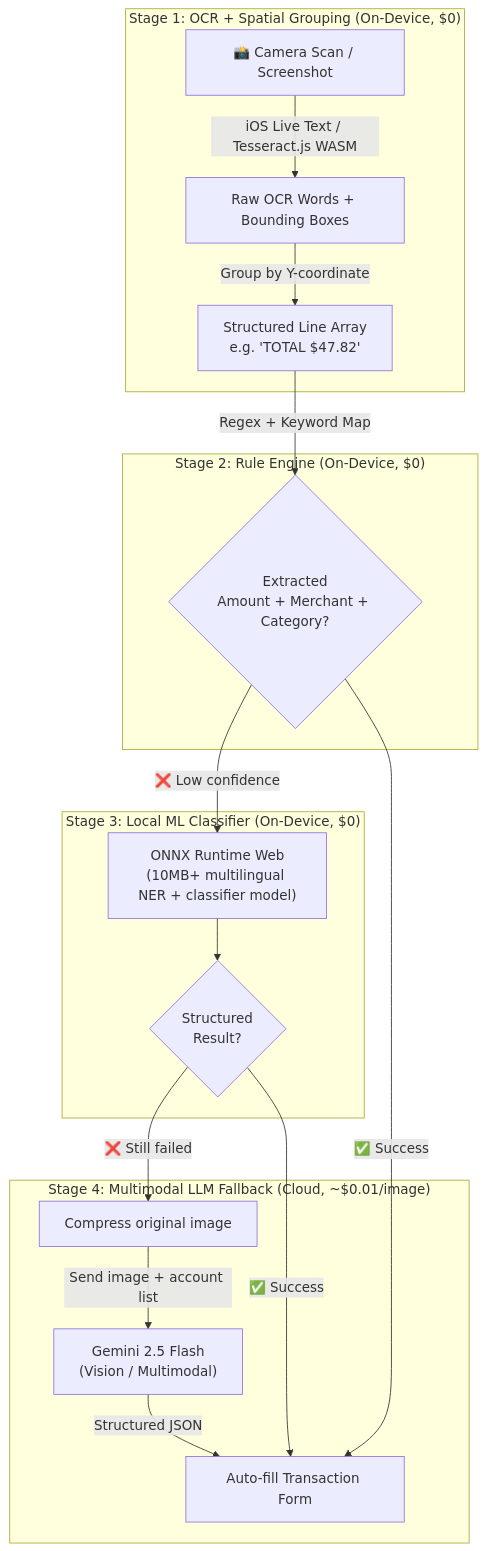
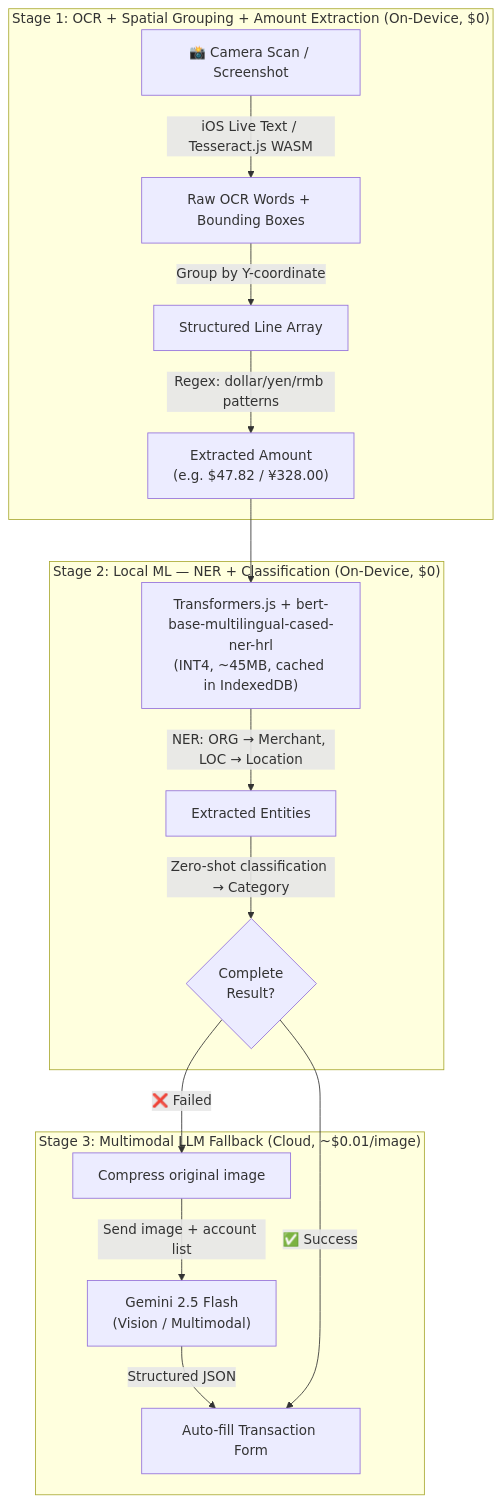
One commit to nyaaorick/foliodude changed the first of 2 diagrams in PLAN.md. Above: the diagram before and after it, drawn with Mermaid. The commit also changed other lines of this file, not shown here.

Commit message:
docs: refine AI pipeline to 3-stages, use bert-base-multilingual-cased-ner-hrl for ML stage

````diff
--- a/PLAN.md
+++ b/PLAN.md
@@ -57,27 +57,24 @@
 ```mermaid
 graph TD
     Scan[📸 Camera Scan / Screenshot]
 
-    subgraph "Stage 1: OCR + Spatial Grouping (On-Device, $0)"
+    subgraph "Stage 1: OCR + Spatial Grouping + Amount Extraction (On-Device, $0)"
         Scan -->|iOS Live Text / Tesseract.js WASM| OCR[Raw OCR Words + Bounding Boxes]
-        OCR -->|Group by Y-coordinate| Lines["Structured Line Array<br/>e.g. 'TOTAL  $47.82'"]
+        OCR -->|Group by Y-coordinate| Lines["Structured Line Array"]
+        Lines -->|Regex: dollar/yen/rmb patterns| Amount["Extracted Amount<br/>(e.g. $47.82 / ¥328.00)"]
     end
 
-    subgraph "Stage 2: Rule Engine (On-Device, $0)"
-        Lines -->|Regex + Keyword Map| Rules{Extracted<br/>Amount + Merchant + Category?}
+    subgraph "Stage 2: Local ML — NER + Classification (On-Device, $0)"
+        Amount --> ML["Transformers.js + bert-base-multilingual-cased-ner-hrl<br/>(INT4, ~45MB, cached in IndexedDB)"]
+        ML -->|NER: ORG → Merchant, LOC → Location| NER[Extracted Entities]
+        NER -->|Zero-shot classification → Category| MLResult{Complete<br/>Result?}
     end
 
-    subgraph "Stage 3: Local ML Classifier (On-Device, $0)"
-        Rules -->|❌ Low confidence| ML["ONNX Runtime Web<br/>(10MB+ multilingual NER + classifier model)"]
-        ML --> MLResult{Structured<br/>Result?}
-    end
-
-    subgraph "Stage 4: Multimodal LLM Fallback (Cloud, ~$0.01/image)"
-        MLResult -->|❌ Still failed| Compress[Compress original image]
+    subgraph "Stage 3: Multimodal LLM Fallback (Cloud, ~$0.01/image)"
+        MLResult -->|❌ Failed| Compress[Compress original image]
         Compress -->|Send image + account list| Gemini["Gemini 2.5 Flash<br/>(Vision / Multimodal)"]
         Gemini -->|Structured JSON| Fill
     end
 
-    Rules -->|✅ Success| Fill[Auto-fill Transaction Form]
-    MLResult -->|✅ Success| Fill
+    MLResult -->|✅ Success| Fill[Auto-fill Transaction Form]
 ```
````
